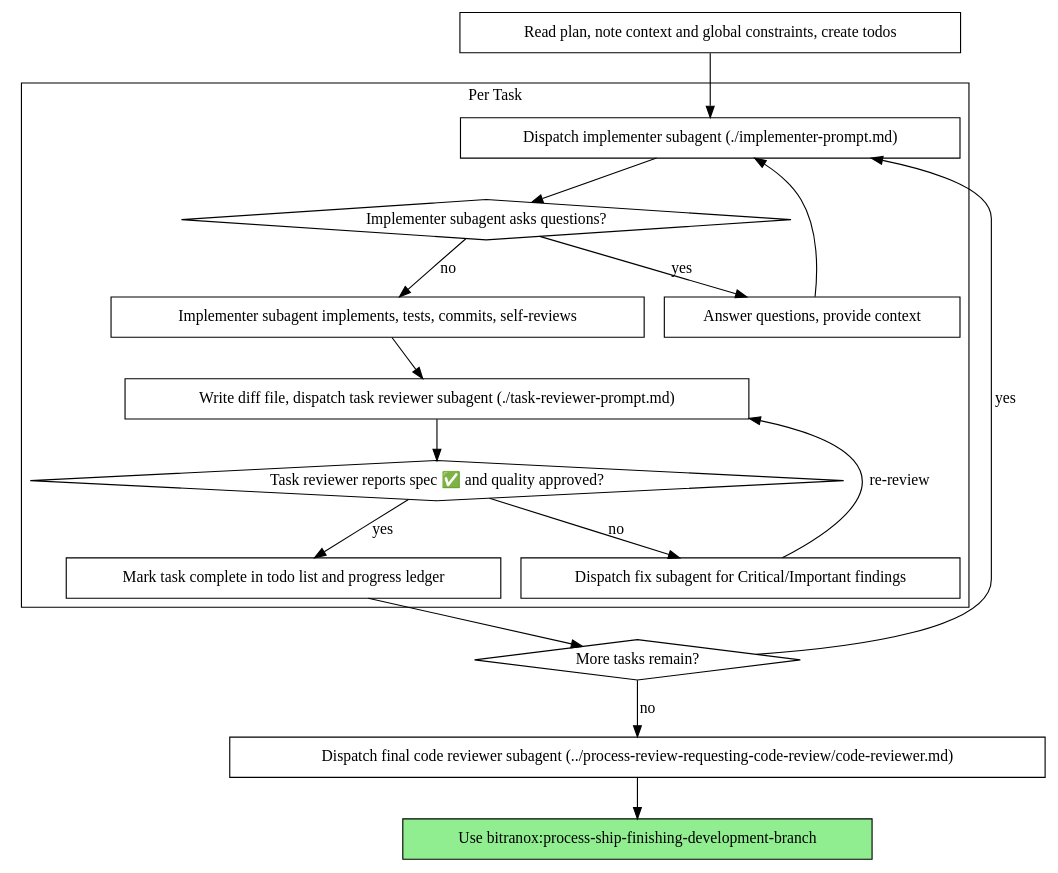
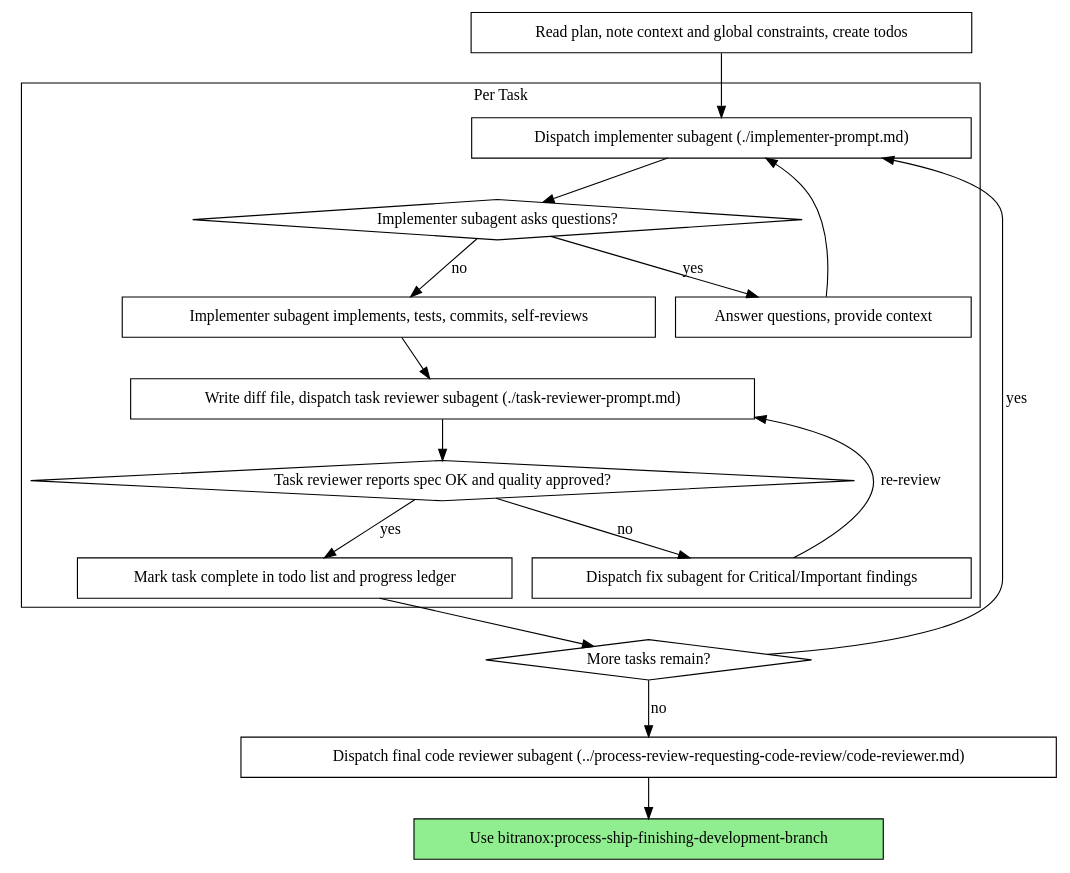
The second of 2 diagrams in plugins/bitranox/skills/process-agents-subagent-driven-development/SKILL.md (bitranox/bitranox-skills), drawn with Graphviz before and after one commit. The commit also changed other lines of this file and 22 other files, not shown here.

Commit message:
skills+hooks: pressure-tested rationalization tables for SDD + data-architecture-strict (RED baselines with real capitulations, GREEN/REFACTOR verified); emoji verdict markers normalized to ASCII OK/NO/WARN and the class added to the canonical tell set + humanize strip mapping; bump to 5.48.0

````diff
--- a/plugins/bitranox/skills/process-agents-subagent-driven-development/SKILL.md
+++ b/plugins/bitranox/skills/process-agents-subagent-driven-development/SKILL.md
@@ -53,37 +53,37 @@
 ```dot
 digraph process {
     rankdir=TB;
 
     subgraph cluster_per_task {
         label="Per Task";
         "Dispatch implementer subagent (./implementer-prompt.md)" [shape=box];
         "Implementer subagent asks questions?" [shape=diamond];
         "Answer questions, provide context" [shape=box];
         "Implementer subagent implements, tests, commits, self-reviews" [shape=box];
         "Write diff file, dispatch task reviewer subagent (./task-reviewer-prompt.md)" [shape=box];
-        "Task reviewer reports spec ✅ and quality approved?" [shape=diamond];
+        "Task reviewer reports spec OK and quality approved?" [shape=diamond];
         "Dispatch fix subagent for Critical/Important findings" [shape=box];
         "Mark task complete in todo list and progress ledger" [shape=box];
     }
 
     "Read plan, note context and global constraints, create todos" [shape=box];
     "More tasks remain?" [shape=diamond];
     "Dispatch final code reviewer subagent (../process-review-requesting-code-review/code-reviewer.md)" [shape=box];
     "Use bitranox:process-ship-finishing-development-branch" [shape=box style=filled fillcolor=lightgreen];
 
     "Read plan, note context and global constraints, create todos" -> "Dispatch implementer subagent (./implementer-prompt.md)";
     "Dispatch implementer subagent (./implementer-prompt.md)" -> "Implementer subagent asks questions?";
     "Implementer subagent asks questions?" -> "Answer questions, provide context" [label="yes"];
     "Answer questions, provide context" -> "Dispatch implementer subagent (./implementer-prompt.md)";
     "Implementer subagent asks questions?" -> "Implementer subagent implements, tests, commits, self-reviews" [label="no"];
     "Implementer subagent implements, tests, commits, self-reviews" -> "Write diff file, dispatch task reviewer subagent (./task-reviewer-prompt.md)";
-    "Write diff file, dispatch task reviewer subagent (./task-reviewer-prompt.md)" -> "Task reviewer reports spec ✅ and quality approved?";
-    "Task reviewer reports spec ✅ and quality approved?" -> "Dispatch fix subagent for Critical/Important findings" [label="no"];
+    "Write diff file, dispatch task reviewer subagent (./task-reviewer-prompt.md)" -> "Task reviewer reports spec OK and quality approved?";
+    "Task reviewer reports spec OK and quality approved?" -> "Dispatch fix subagent for Critical/Important findings" [label="no"];
     "Dispatch fix subagent for Critical/Important findings" -> "Write diff file, dispatch task reviewer subagent (./task-reviewer-prompt.md)" [label="re-review"];
-    "Task reviewer reports spec ✅ and quality approved?" -> "Mark task complete in todo list and progress ledger" [label="yes"];
+    "Task reviewer reports spec OK and quality approved?" -> "Mark task complete in todo list and progress ledger" [label="yes"];
     "Mark task complete in todo list and progress ledger" -> "More tasks remain?";
     "More tasks remain?" -> "Dispatch implementer subagent (./implementer-prompt.md)" [label="yes"];
     "More tasks remain?" -> "Dispatch final code reviewer subagent (../process-review-requesting-code-review/code-reviewer.md)" [label="no"];
     "Dispatch final code reviewer subagent (../process-review-requesting-code-review/code-reviewer.md)" -> "Use bitranox:process-ship-finishing-development-branch";
 }
 ```
````
